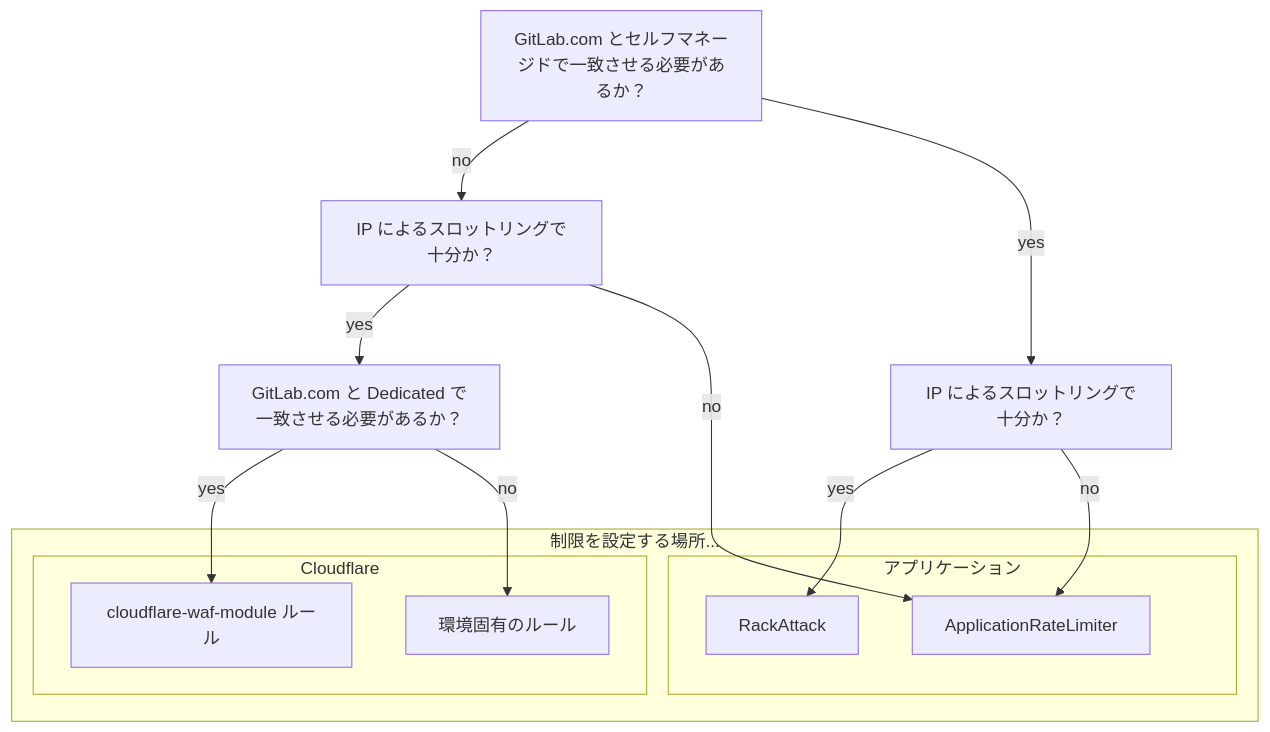
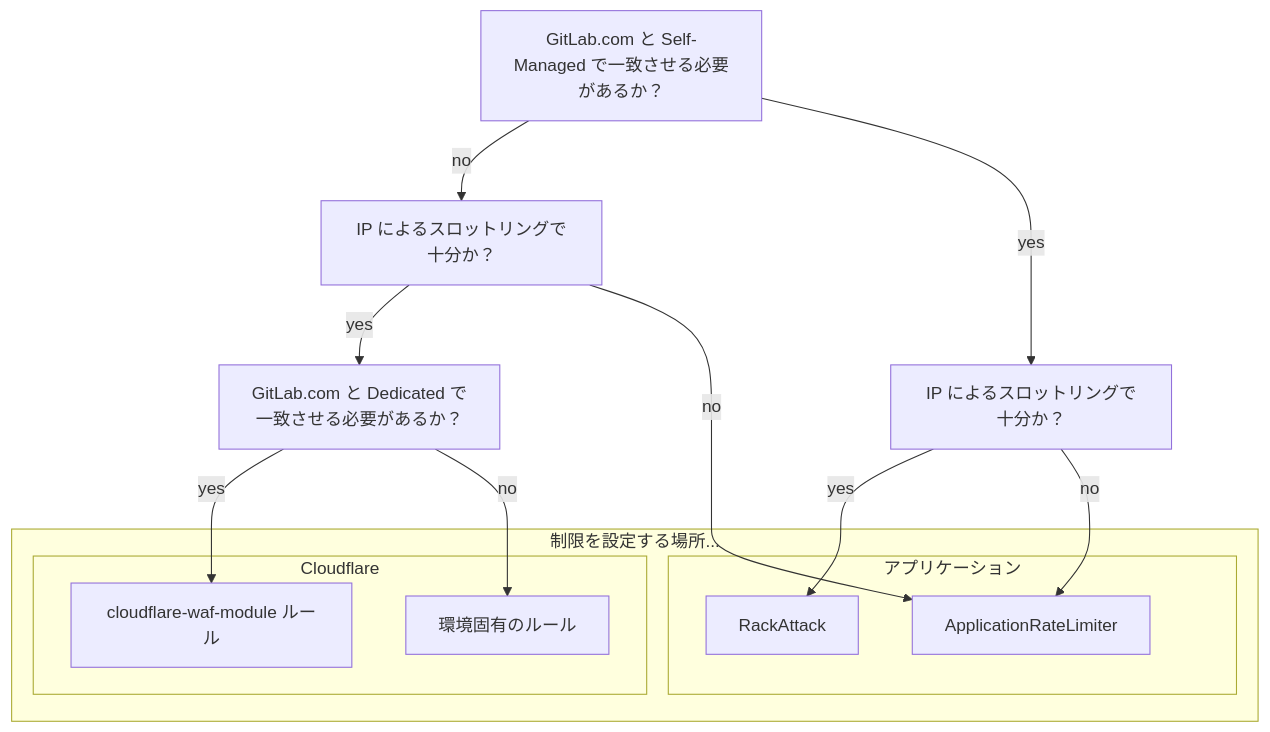
One commit to kyama0/gitlab-handbook-ja changed the diagram in content/handbook/engineering/infrastructure-platforms/rate-limiting/managing-limits.md. Above: the diagram before and after it, drawn with Mermaid. The commit also changed 119 other files, not shown here.

````diff
--- a/content/handbook/engineering/infrastructure-platforms/rate-limiting/managing-limits.md
+++ b/content/handbook/engineering/infrastructure-platforms/rate-limiting/managing-limits.md
@@ -23,32 +23,32 @@
 ```mermaid
 flowchart TD
-    selfmanaged[GitLab.com とセルフマネージドで一致させる必要があるか？]
+    selfmanaged[GitLab.com と Self-Managed で一致させる必要があるか？]
 
     ip-one[IP によるスロットリングで十分か？]
     ip-two[IP によるスロットリングで十分か？]
 
     dedicated[GitLab.com と Dedicated で一致させる必要があるか？]
 
     subgraph layer[制限を設定する場所...]
         subgraph app[アプリケーション]
             rackattack[RackAttack]
             appratelimiter[ApplicationRateLimiter]
         end
         subgraph cf[Cloudflare]
             cwm[cloudflare-waf-module ルール]
             env[環境固有のルール]
         end
     end
 
 selfmanaged -- no --> ip-one
 selfmanaged -- yes --> ip-two
 
 ip-one -- yes --> dedicated
 ip-one -- no --> appratelimiter
 
 ip-two -- yes --> rackattack
 ip-two -- no --> appratelimiter
 
 dedicated -- yes --> cwm
 dedicated -- no --> env
 ```
````
